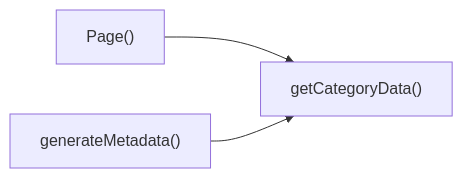
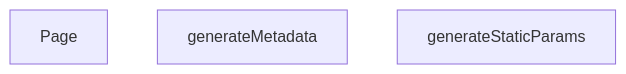
The diagram in src/app/[lang]/category/[categorySlug]/page.md (peckop/venthub-hvac-esite), drawn with Mermaid before and after one commit. The commit also changed other lines of this file and 488 other files, not shown here.

````diff
--- a/src/app/[lang]/category/[categorySlug]/page.md
+++ b/src/app/[lang]/category/[categorySlug]/page.md
@@ -109,5 +86,6 @@
 ```mermaid
-graph LR
-    Page["Page()"] --> getCategoryData["getCategoryData()"]
-    generateMetadata["generateMetadata()"] --> getCategoryData["getCategoryData()"]
+graph TD
+    page_tsx__Page["Page"]
+    page_tsx__generateMetadata["generateMetadata"]
+    page_tsx__generateStaticParams["generateStaticParams"]
 ```
````
